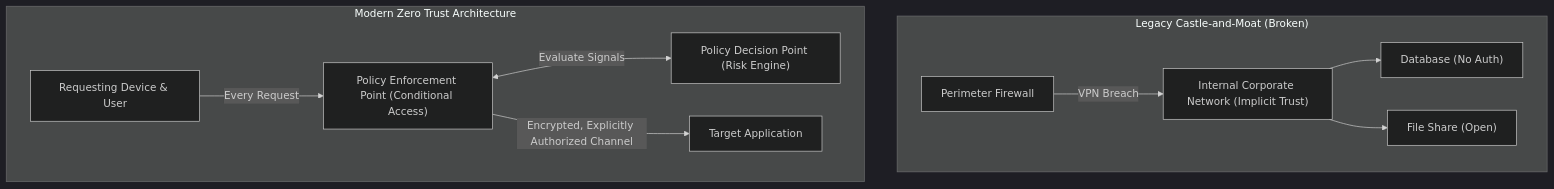
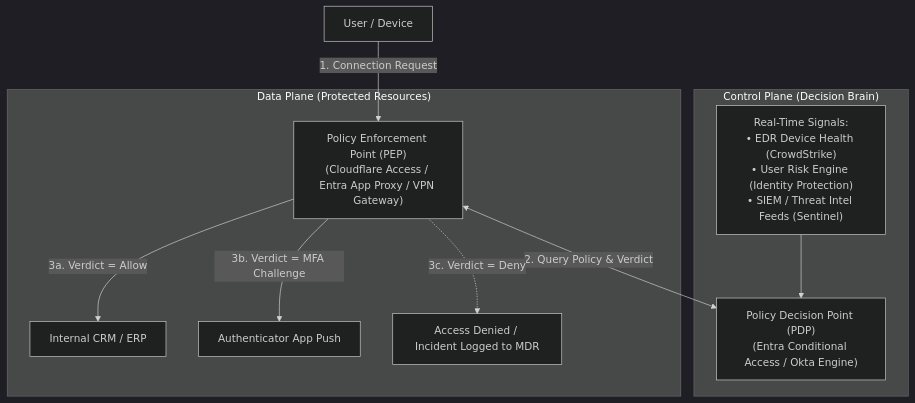
The second of 3 diagrams in IAM/01_Fundamentals/04_The_Zero_Trust_Identity_Model.md (varunks04/CBS-Roleplay), drawn with Mermaid (dark theme) before and after one commit. The commit also changed other lines of this file and 37 other files, not shown here.

````diff
--- a/IAM/01_Fundamentals/04_The_Zero_Trust_Identity_Model.md
+++ b/IAM/01_Fundamentals/04_The_Zero_Trust_Identity_Model.md
@@ -15,21 +74,18 @@
 ```mermaid
-graph TD
-    subgraph "Legacy Castle-and-Moat (Broken)"
-        Firewall["Perimeter Firewall"]
-        LAN["Internal Corporate Network (Implicit Trust)"]
-        Firewall -->|VPN Breach| LAN
-        LAN --> Server1["Database (No Auth)"]
-        LAN --> Server2["File Share (Open)"]
+flowchart TD
+    User["User / Device"] -->|1. Connection Request| PEP["Policy Enforcement Point (PEP)<br/>(Cloudflare Access / Entra App Proxy / VPN Gateway)"]
+    
+    subgraph "Control Plane (Decision Brain)"
+        PDP["Policy Decision Point (PDP)<br/>(Entra Conditional Access / Okta Engine)"]
+        Signals["Real-Time Signals:<br/>• EDR Device Health (CrowdStrike)<br/>• User Risk Engine (Identity Protection)<br/>• SIEM / Threat Intel Feeds (Sentinel)"]
+        Signals --> PDP
     end
 
-    subgraph "Modern Zero Trust Architecture"
-        Client["Requesting Device & User"]
-        PEP["Policy Enforcement Point (Conditional Access)"]
-        PDP["Policy Decision Point (Risk Engine)"]
-        App["Target Application"]
-
-        Client -->|"Every Request"| PEP
-        PEP <-->|"Evaluate Signals"| PDP
-        PEP -->|"Encrypted, Explicitly Authorized Channel"| App
+    PEP <-->|2. Query Policy & Verdict| PDP
+    
+    subgraph "Data Plane (Protected Resources)"
+        PEP -->|3a. Verdict = Allow| App1["Internal CRM / ERP"]
+        PEP -->|3b. Verdict = MFA Challenge| MFA["Authenticator App Push"]
+        PEP -.->|3c. Verdict = Deny| Blocked["Access Denied / Incident Logged to MDR"]
     end
 ```
````
